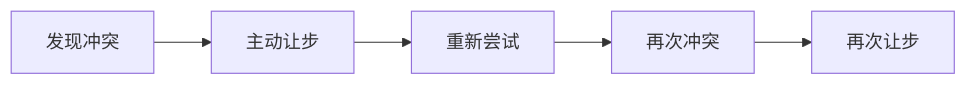
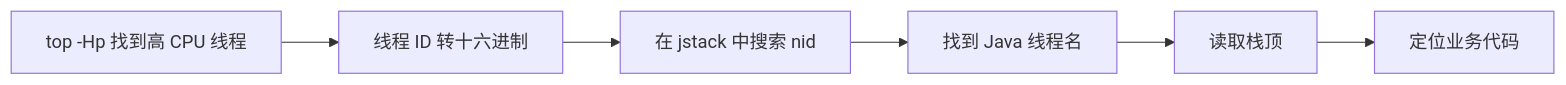
One commit to rebibabo/rebibabo.github.io changed the diagram in images/Java-concurrency/IMG-20260707-000178.mmd. Above: the diagram before and after it, drawn with Mermaid. The commit also changed 341 other files, not shown here.

```diff
--- a/images/Java-concurrency/IMG-20260707-000178.mmd
+++ b/images/Java-concurrency/IMG-20260707-000178.mmd
@@ -1,5 +1,6 @@
 flowchart LR
-    A["发现冲突"] --> B["主动让步"]
-    B --> C["重新尝试"]
-    C --> D["再次冲突"]
-    D --> E["再次让步"]
+    A["top -Hp 找到高 CPU 线程"] --> B["线程 ID 转十六进制"]
+    B --> C["在 jstack 中搜索 nid"]
+    C --> D["找到 Java 线程名"]
+    D --> E["读取栈顶"]
+    E --> F["定位业务代码"]
```
